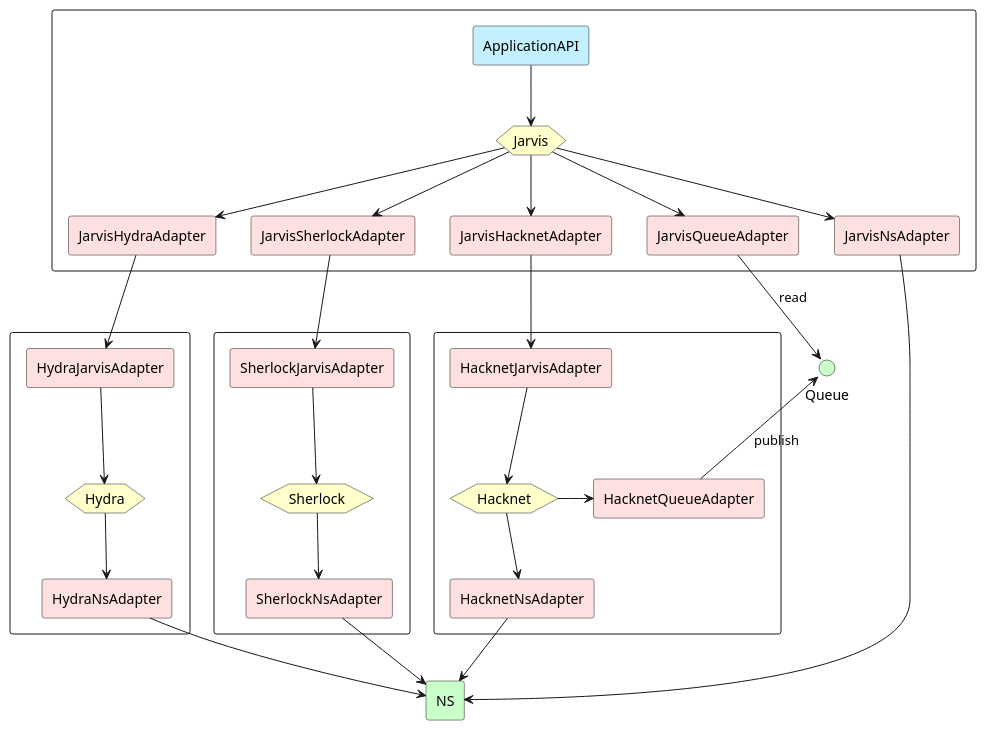
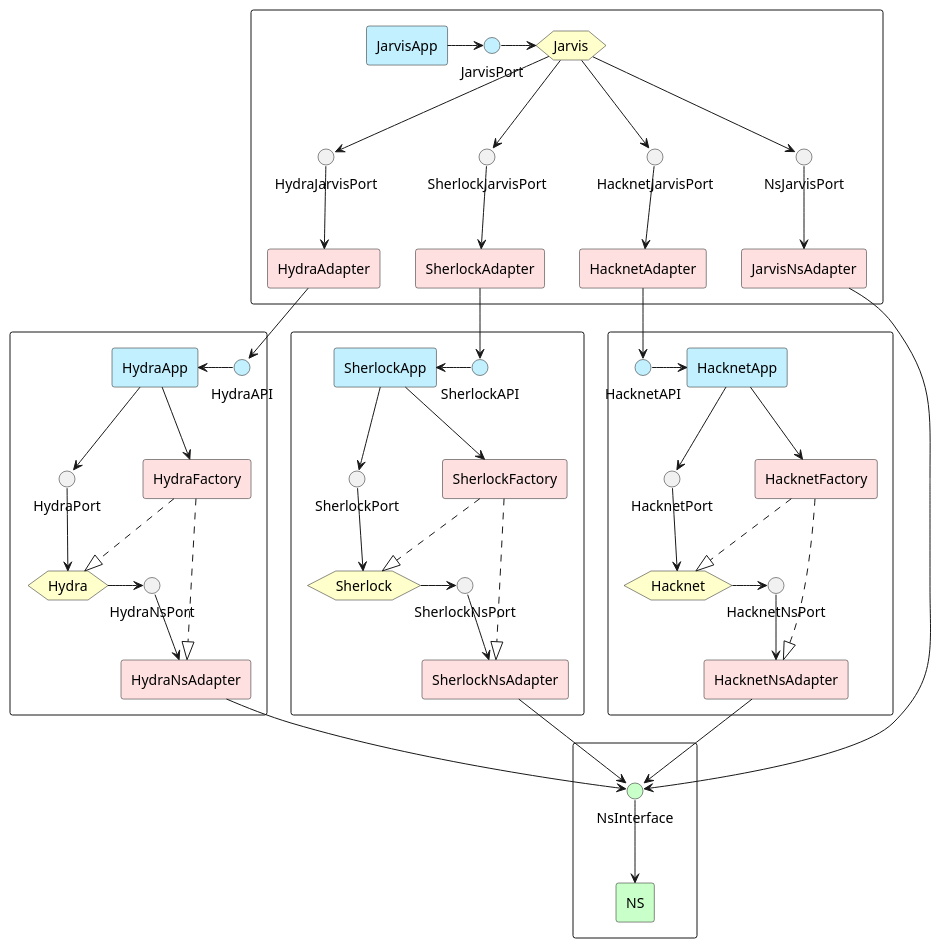
One commit to Desvart/bitburner changed the diagram in doc/architecture.puml. Above: the diagram before and after it, drawn with PlantUML.

Commit message:
* update doc

```diff
--- a/doc/architecture.puml
+++ b/doc/architecture.puml
@@ -1,69 +1,127 @@
 @startuml
 skinparam componentStyle rectangle
 
-
 rectangle {
     hexagon Jarvis #Business
-    component ApplicationAPI #Application
-    component JarvisHydraAdapter #Implementation
-    component JarvisSherlockAdapter #Implementation
-    component JarvisHacknetAdapter #Implementation
-    component JarvisQueueAdapter #Implementation
+
+    component JarvisApp #Application
+    interface JarvisPort #Application
+
+    interface HydraJarvisPort
+    component HydraAdapter #Implementation
+
+    interface SherlockJarvisPort
+    component SherlockAdapter #Implementation
+
+    interface HacknetJarvisPort
+    component HacknetAdapter #Implementation
+
+    interface NsJarvisPort
     component JarvisNsAdapter #Implementation
 }
 
 rectangle {
+    component HydraApp #Application
+    interface HydraAPI #Application
+
     hexagon Hydra #Business
-    component HydraJarvisAdapter #Implementation
+    interface HydraPort
+
+    interface HydraNsPort
     component HydraNsAdapter #Implementation
+
+    component HydraFactory #Implementation
 }
 
 rectangle {
+    component SherlockApp #Application
+    interface SherlockAPI #Application
+
     hexagon Sherlock #Business
-    component SherlockJarvisAdapter #Implementation
+    interface SherlockPort
+
+    interface SherlockNsPort
     component SherlockNsAdapter #Implementation
+
+    component SherlockFactory #Implementation
 }
 
 rectangle {
+    component HacknetApp #Application
+    interface HacknetAPI #Application
+
     hexagon Hacknet #Business
-    component HacknetJarvisAdapter #Implementation
-    component HacknetQueueAdapter #Implementation
+    interface HacknetPort
+
+    interface HacknetNsPort
     component HacknetNsAdapter #Implementation
+
+    component HacknetFactory #Implementation
 }
 
-interface Queue #Technology
-component NS #Technology
+rectangle {
+    interface NsInterface #Technology
+    component NS #Technology
+}
 
+'Jarvis
+    ' Application
+    JarvisApp -r-> JarvisPort
 
-ApplicationAPI --> Jarvis
-Jarvis --> JarvisHydraAdapter
-Jarvis --> JarvisHacknetAdapter
-Jarvis --> JarvisSherlockAdapter
-Jarvis --> JarvisQueueAdapter
-Jarvis --> JarvisNsAdapter
+    'Adapters
+    JarvisPort -r-> Jarvis
+    Jarvis --> HydraJarvisPort
+    HydraJarvisPort --> HydraAdapter
+    Jarvis --> HacknetJarvisPort
+    HacknetJarvisPort --> HacknetAdapter
+    Jarvis --> SherlockJarvisPort
+    SherlockJarvisPort --> SherlockAdapter
+    Jarvis --> NsJarvisPort
+    NsJarvisPort --> JarvisNsAdapter
 
-HydraJarvisAdapter --> Hydra
-Hydra --> HydraNsAdapter
+' Hydra
+    HydraAPI -l-> HydraApp
+    HydraApp --> HydraFactory
+    HydraApp --> HydraPort
+    HydraPort --> Hydra
+    Hydra -r-> HydraNsPort
+    HydraNsPort --> HydraNsAdapter
+    HydraFactory ..|> HydraNsAdapter
+    HydraFactory ..|> Hydra
 
-SherlockJarvisAdapter --> Sherlock
-Sherlock --> SherlockNsAdapter
+' Sherlock
+    SherlockAPI -l-> SherlockApp
+    SherlockApp --> SherlockFactory
+    SherlockApp --> SherlockPort
+    SherlockPort --> Sherlock
+    Sherlock -r-> SherlockNsPort
+    SherlockNsPort --> SherlockNsAdapter
+    SherlockFactory ..|> SherlockNsAdapter
+    SherlockFactory ..|> Sherlock
 
-HacknetJarvisAdapter --> Hacknet
-Hacknet -r-> HacknetQueueAdapter
-Hacknet --> HacknetNsAdapter
+' Hacknet
+    HacknetAPI -r-> HacknetApp
+    HacknetApp --> HacknetFactory
+    HacknetApp --> HacknetPort
+    HacknetPort --> Hacknet
+    Hacknet -r-> HacknetNsPort
+    HacknetNsPort --> HacknetNsAdapter
+    HacknetFactory ..|> HacknetNsAdapter
+    HacknetFactory ..|> Hacknet
 
-JarvisHydraAdapter --> HydraJarvisAdapter
-JarvisHacknetAdapter --> HacknetJarvisAdapter
-JarvisSherlockAdapter --> SherlockJarvisAdapter
+' NS
+    NsInterface --> NS
 
-HacknetQueueAdapter -u-> Queue : publish
-JarvisQueueAdapter -d-> Queue : read
+' Integration
+    ' Jarvis to modules
+    HacknetAdapter --> HacknetAPI
+    SherlockAdapter --> SherlockAPI
+    HydraAdapter --> HydraAPI
 
-JarvisNsAdapter --> NS
-SherlockNsAdapter --> NS
-HydraNsAdapter --> NS
-HacknetNsAdapter --> NS
-
-
+    ' Modules to NS
+    SherlockNsAdapter --> NsInterface
+    HydraNsAdapter --> NsInterface
+    HacknetNsAdapter --> NsInterface
+    JarvisNsAdapter --> NsInterface
 
 @enduml
```
